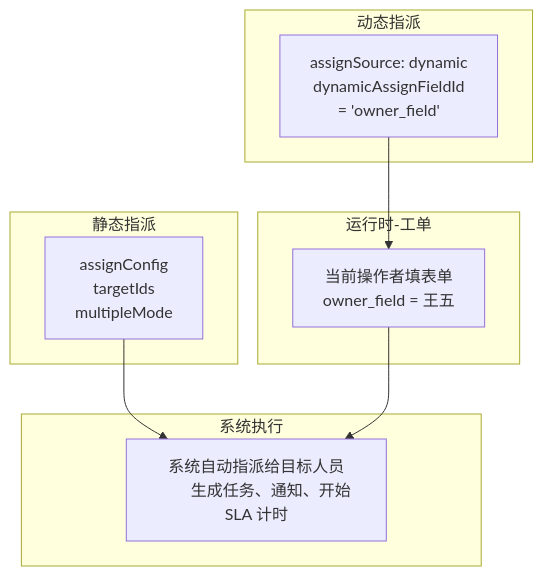
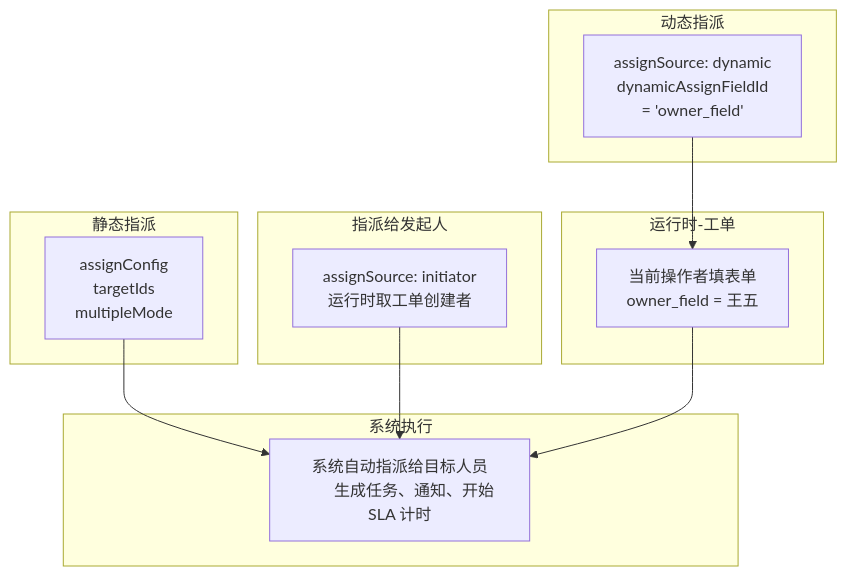
The sixth of 6 diagrams in docs/design/工单管理/00b-节点指派范式.md (LiSunny/SaaS_Demo), drawn with Mermaid before and after one commit. The commit also changed other lines of this file and 53 other files, not shown here.

Commit message:
feat: 导航重构、平台岗位配置、新增设备/物联/管理视图及文档更新

````diff
--- a/docs/design/工单管理/00b-节点指派范式.md
+++ b/docs/design/工单管理/00b-节点指派范式.md
@@ -163,23 +203,28 @@
 ```mermaid
 flowchart TD
     subgraph 静态指派
         A["assignConfig
         targetIds
         multipleMode"]
+    end
+    subgraph 指派给发起人
+        AA["assignSource: initiator
+        运行时取工单创建者"]
     end
     subgraph 动态指派
         B["assignSource: dynamic
         dynamicAssignFieldId
         = 'owner_field'"]
     end
     subgraph 运行时-工单
         C["当前操作者填表单
         owner_field = 王五"]
     end
     subgraph 系统执行
         D["系统自动指派给目标人员
         生成任务、通知、开始 SLA 计时"]
     end
     A --> D
+    AA --> D
     B --> C --> D
 ```
````
